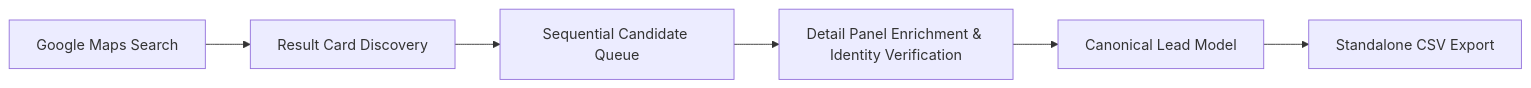
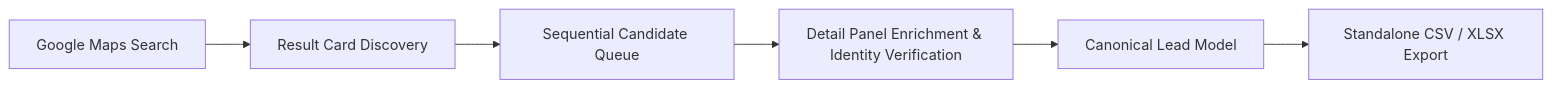
The first of 2 diagrams in RAMOS_CURRENT_ARCHITECTURE.md (sodharaj369/Ramos), drawn with Mermaid before and after one commit. The commit also changed other lines of this file and 2 other files, not shown here.

````diff
--- a/RAMOS_CURRENT_ARCHITECTURE.md
+++ b/RAMOS_CURRENT_ARCHITECTURE.md
@@ -12,8 +12,8 @@
 ```mermaid
 flowchart LR
     A[Google Maps Search] --> B[Result Card Discovery]
     B --> C[Sequential Candidate Queue]
     C --> D[Detail Panel Enrichment & Identity Verification]
     D --> E[Canonical Lead Model]
-    E --> F[Standalone CSV Export]
+    E --> F[Standalone CSV / XLSX Export]
 ```
````
